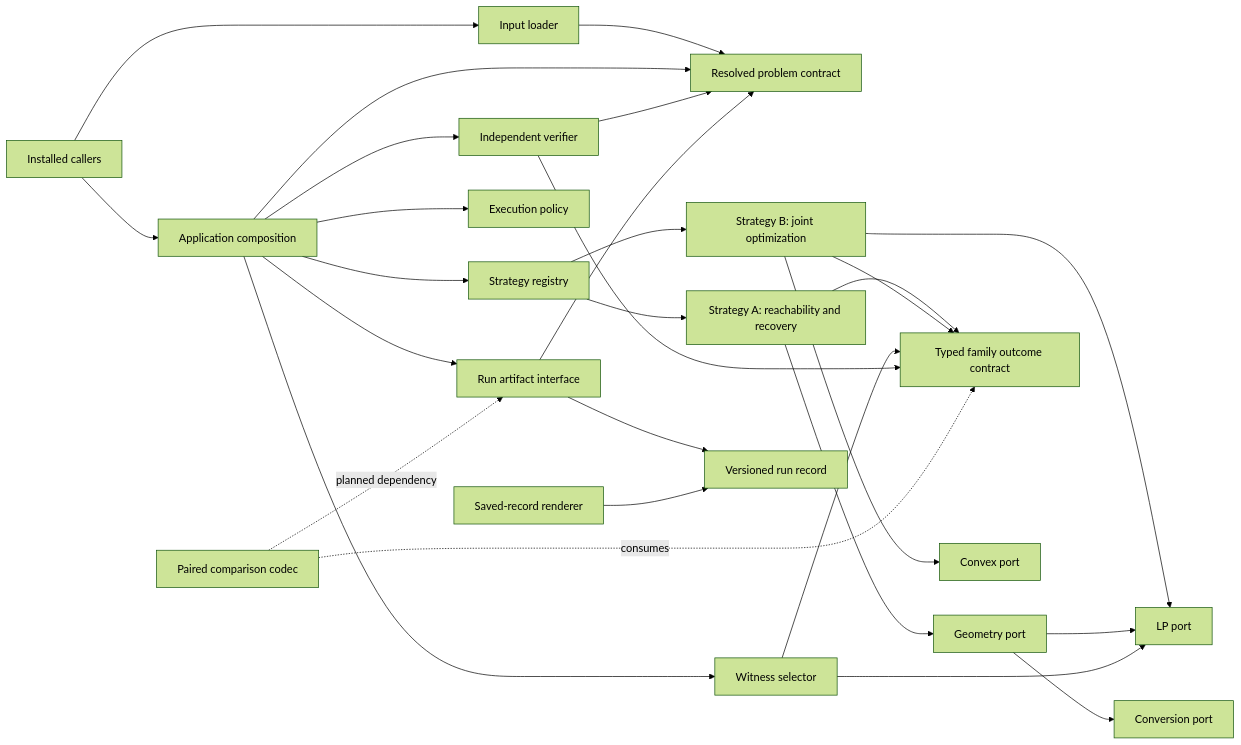
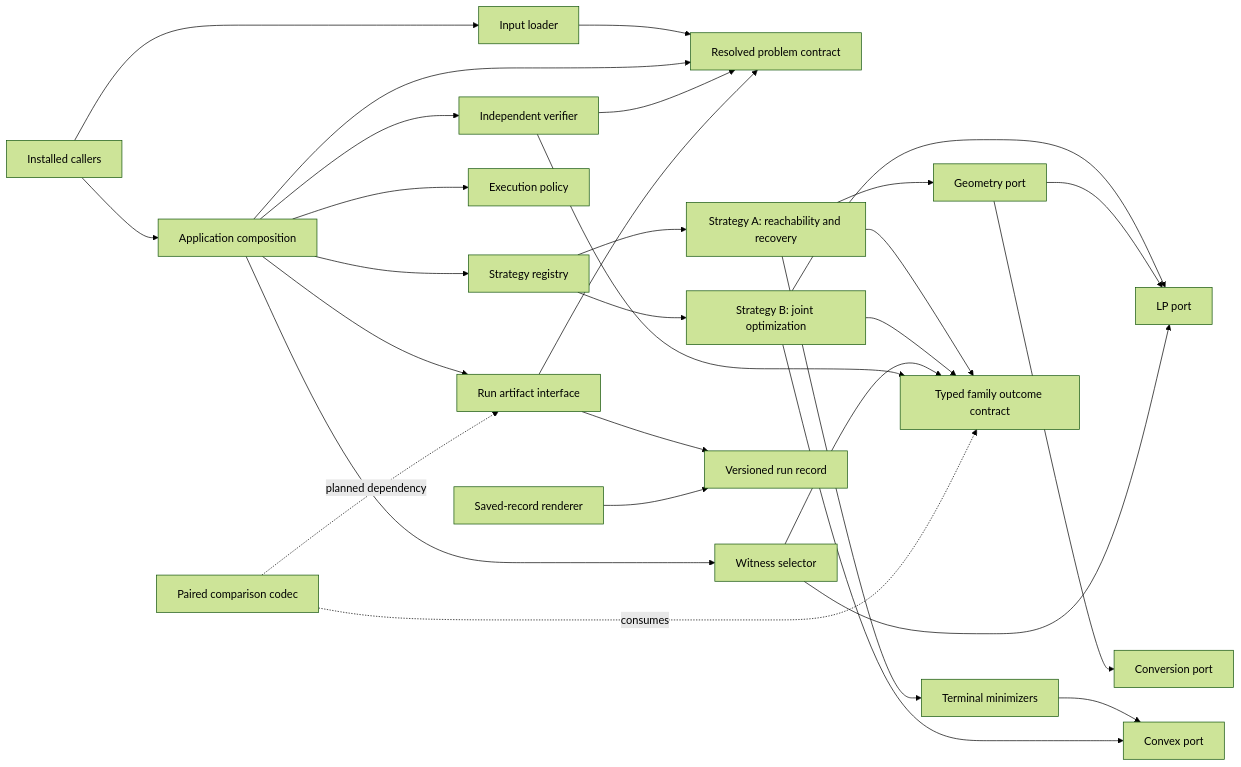
The diagram in docs/architecture/framework-composition.md (butahlecoq/controlled-systems-lab), drawn with Mermaid (forest theme) before and after one commit. The commit also changed other lines of this file, not shown here.

````diff
--- a/docs/architecture/framework-composition.md
+++ b/docs/architecture/framework-composition.md
@@ -15,30 +15,32 @@
 ```mermaid
 flowchart LR
     EX[Installed callers] --> IN[Input loader]
     EX --> AP[Application composition]
     IN --> PR[Resolved problem contract]
     AP --> PR
     AP --> SR[Strategy registry]
     AP --> WS[Witness selector]
     AP --> V[Independent verifier]
     AP --> EXEC[Execution policy]
     AP --> ART[Run artifact interface]
     SR --> A[Strategy A: reachability and recovery]
     SR --> B[Strategy B: joint optimization]
     A --> GEO[Geometry port]
+    A --> TERM[Terminal minimizers]
+    TERM --> CVX[Convex port]
     A --> F[Typed family outcome contract]
     B --> LP[LP port]
-    B --> CVX[Convex port]
+    B --> CVX
     B --> F
     GEO --> LP
     GEO --> CV[Conversion port]
     WS --> F
     WS --> LP
     V --> PR
     V --> F
     ART --> PR
     ART --> RECORD[Versioned run record]
     R[Saved-record renderer] --> RECORD
     PAIR[Paired comparison codec] -. planned dependency .-> ART
     PAIR -. consumes .-> F
 ```
````
